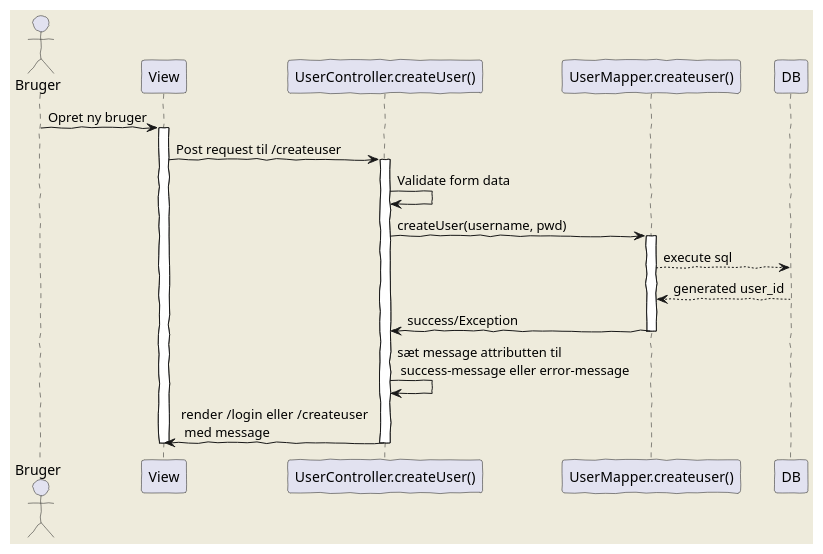
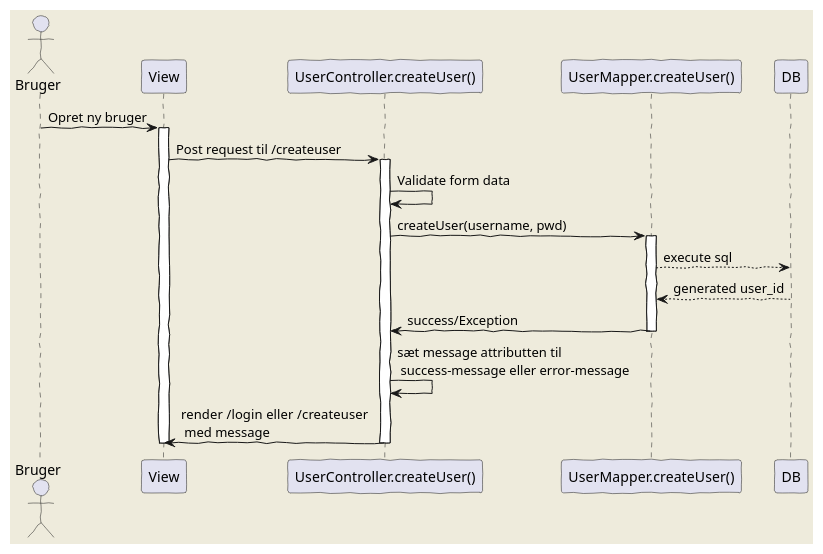
The diagram in docs/sequnce-us2.puml (AndyTheDragon/Cupcake), drawn with PlantUML before and after one commit.

Commit message:
Sekvensdiagram til US2, rettet stavefejl

```diff
--- a/docs/sequnce-us2.puml
+++ b/docs/sequnce-us2.puml
@@ -1,32 +1,32 @@
 @startuml
 'https://plantuml.com/sequence-diagram
 
 skinparam backgroundColor #EEEBDC
 skinparam handwritten true
 
 actor Bruger
 participant View as V
 participant "UserController.createUser()" as C
-participant "UserMapper.createuser()" as M
+participant "UserMapper.createUser()" as M
 participant DB
 
 Bruger -> V: Opret ny bruger
 activate V
 
 V -> C: Post request til /createuser
 activate C
 C -> C: Validate form data
 C -> M: createUser(username, pwd)
 activate M
 M --> DB: execute sql
 DB --> M: generated user_id
 M -> C: success/Exception
 deactivate M
 C -> C : sæt message attributten til\n success-message eller error-message
 C -> V: render /login  eller /createuser\n med message
 deactivate C
 
 
 deactivate V
 
 @enduml
```
